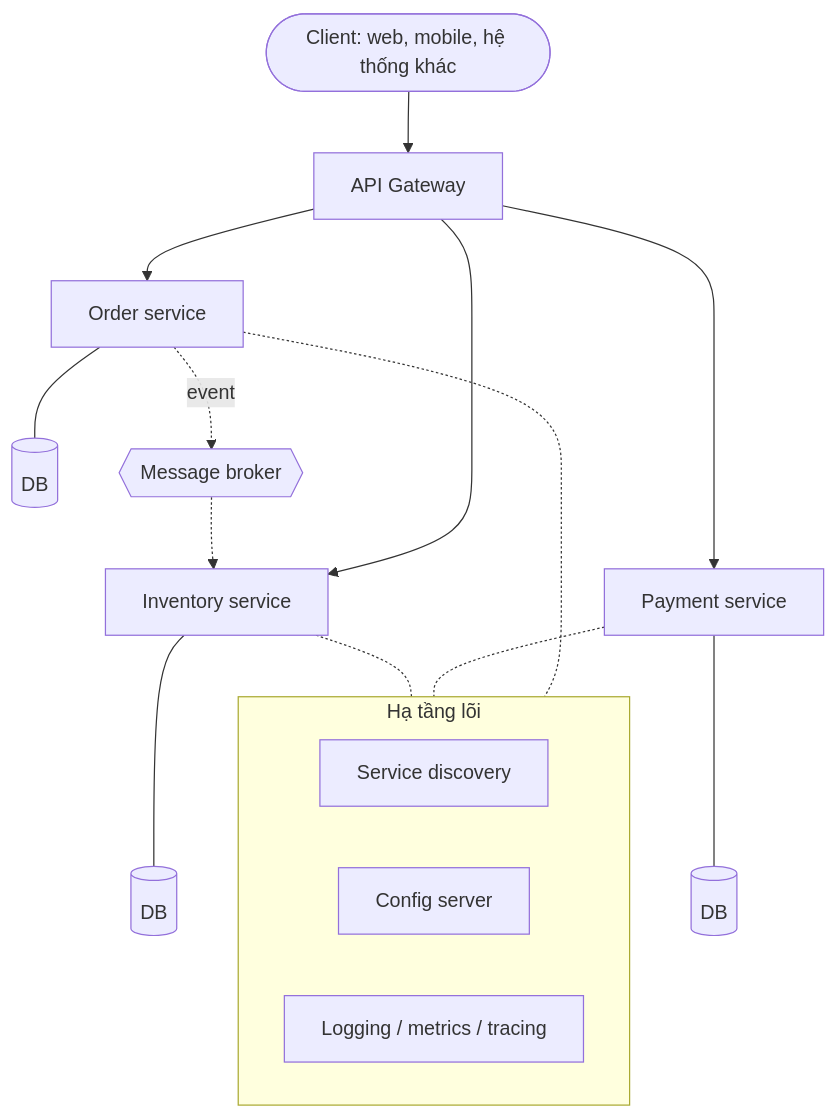
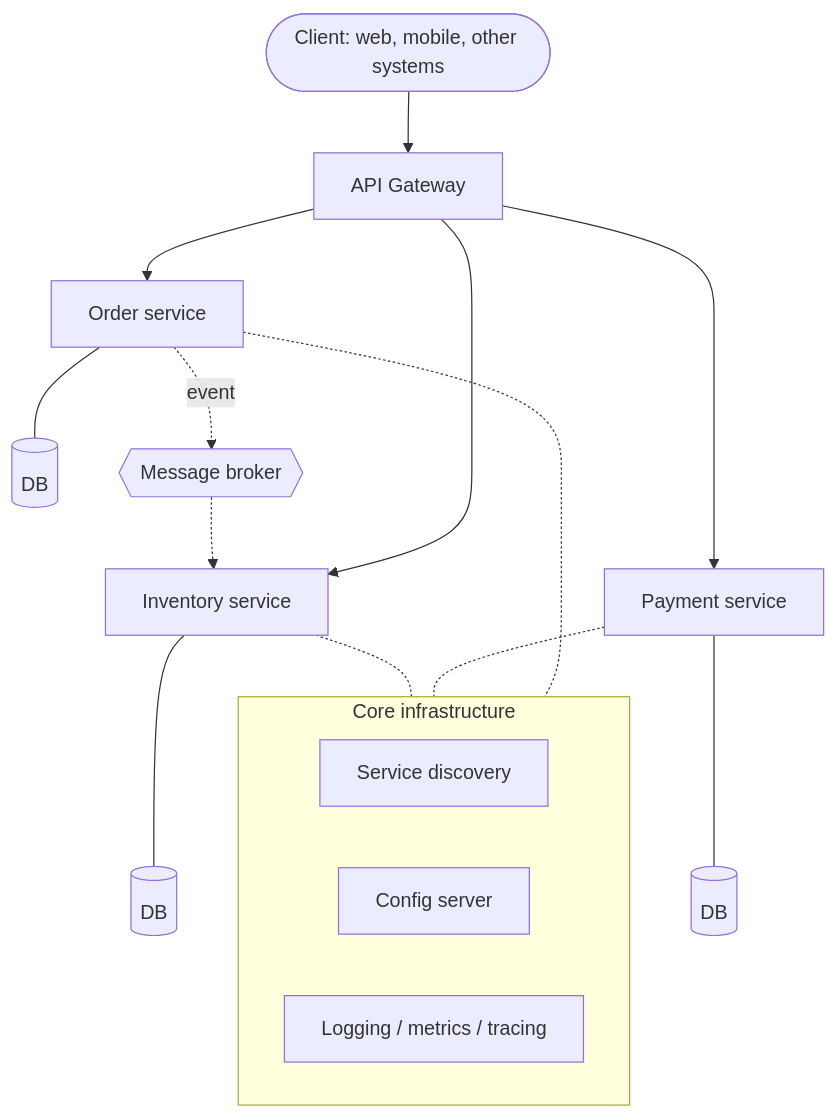
Before and after one commit to sunflynf/web-notes: the first of 2 diagrams in docs/key-notes/microservices.mdx, drawn with Mermaid. The commit also changed other lines of this file and 33 other files, not shown here.

````diff
--- a/docs/key-notes/microservices.mdx
+++ b/docs/key-notes/microservices.mdx
@@ -63,18 +63,18 @@
 ```mermaid
 flowchart TD
-  Client([Client: web, mobile, hệ thống khác]) --> GW[API Gateway]
+  Client([Client: web, mobile, other systems]) --> GW[API Gateway]
   GW --> A[Order service]
   GW --> B[Payment service]
   GW --> C[Inventory service]
   A --- DA[(DB)]
   B --- DB[(DB)]
   C --- DC[(DB)]
   A -. event .-> MQ{{Message broker}}
   MQ -.-> C
-  subgraph Infra[Hạ tầng lõi]
+  subgraph Infra[Core infrastructure]
     SD[Service discovery]
     CS[Config server]
     OBS[Logging / metrics / tracing]
   end
   A & B & C -.- Infra
 ```
````
